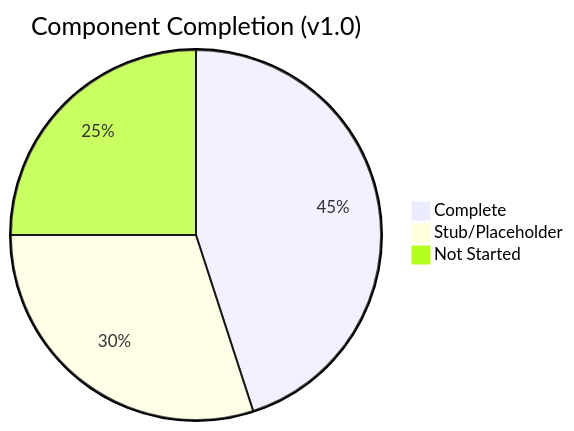
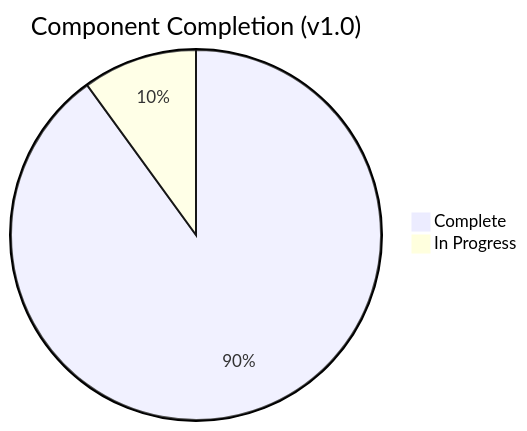
One commit to grethel-labs/kubelink-usb changed the second of 9 diagrams in docs/architecture.md. Above: the diagram before and after it, drawn with Mermaid. The commit also changed other lines of this file and 3 other files, not shown here.

First line of the commit message:
docs: update README, TODO, architecture, issues to reflect implemented features

````diff
--- a/docs/architecture.md
+++ b/docs/architecture.md
@@ -27,6 +27,5 @@
 ```mermaid
 pie title Component Completion (v1.0)
-    "Complete" : 45
-    "Stub/Placeholder" : 30
-    "Not Started" : 25
+    "Complete" : 90
+    "In Progress" : 10
 ```
````
